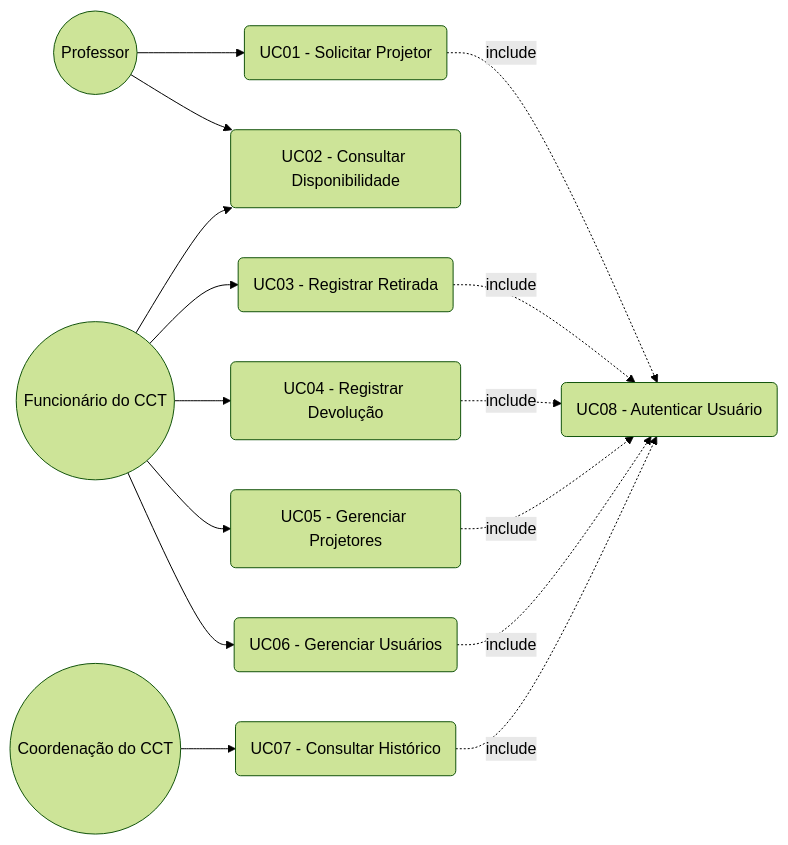
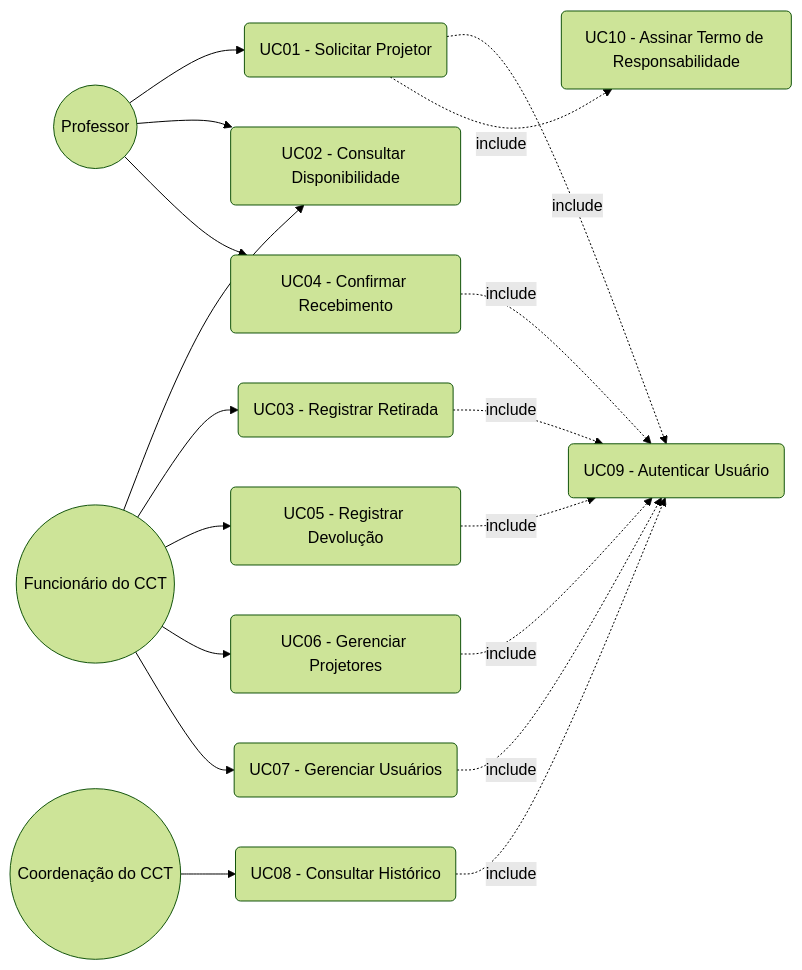
Before and after one commit to Ismaelsousaoliveira/requisitos-2026-grupo: the first of 3 diagrams in Requisitos/Elicitacao/Visao-Demanda.md, drawn with Mermaid (forest theme). The commit also changed other lines of this file, not shown here.

Commit message:
FIX: ALTERADOS DIAGRAMAS

````diff
--- a/Requisitos/Elicitacao/Visao-Demanda.md
+++ b/Requisitos/Elicitacao/Visao-Demanda.md
@@ -125,31 +140,36 @@
 ```mermaid
 flowchart LR
     UC01("UC01 - Solicitar Projetor")
     UC02("UC02 - Consultar Disponibilidade")
     UC03("UC03 - Registrar Retirada")
-    UC04("UC04 - Registrar Devolução")
-    UC05("UC05 - Gerenciar Projetores")
-    UC06("UC06 - Gerenciar Usuários")
-    UC07("UC07 - Consultar Histórico")
-    UC08("UC08 - Autenticar Usuário")
+    UC04("UC04 - Confirmar Recebimento")
+    UC05("UC05 - Registrar Devolução")
+    UC06("UC06 - Gerenciar Projetores")
+    UC07("UC07 - Gerenciar Usuários")
+    UC08("UC08 - Consultar Histórico")
+    UC09("UC09 - Autenticar Usuário")
+    UC10("UC10 - Assinar Termo de Responsabilidade")
 
     Prof(("Professor"))
     Func(("Funcionário do CCT"))
     Coord(("Coordenação do CCT"))
 
     Prof --> UC01
     Prof --> UC02
+    Prof --> UC04
     Func --> UC02
     Func --> UC03
-    Func --> UC04
     Func --> UC05
     Func --> UC06
-    Coord --> UC07
+    Func --> UC07
+    Coord --> UC08
 
-    UC01 -.->|include| UC08
-    UC03 -.->|include| UC08
-    UC04 -.->|include| UC08
-    UC05 -.->|include| UC08
-    UC06 -.->|include| UC08
-    UC07 -.->|include| UC08
+    UC01 -.->|include| UC09
+    UC01 -.->|include| UC10
+    UC03 -.->|include| UC09
+    UC04 -.->|include| UC09
+    UC05 -.->|include| UC09
+    UC06 -.->|include| UC09
+    UC07 -.->|include| UC09
+    UC08 -.->|include| UC09
 ```
````
